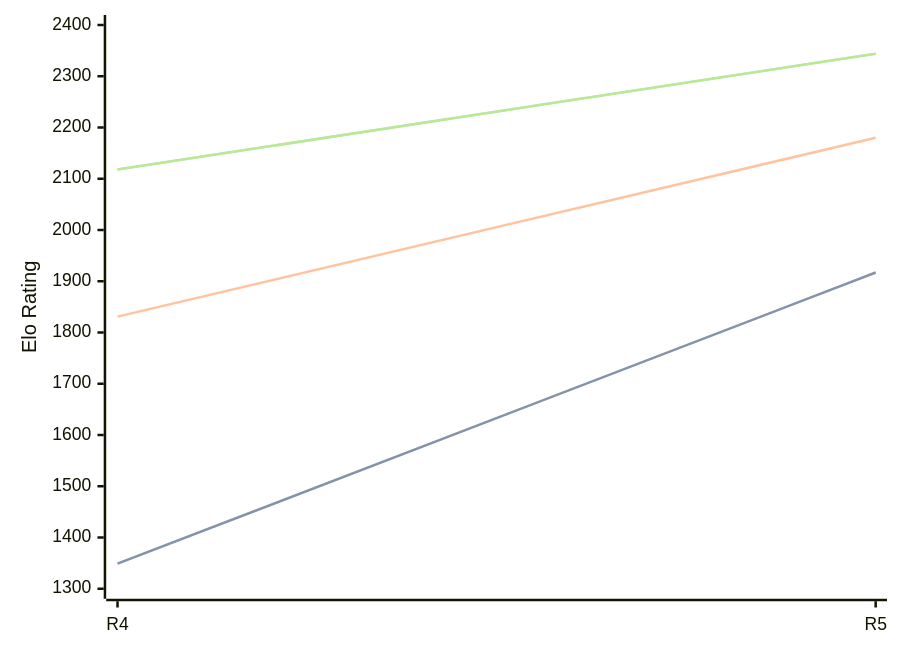
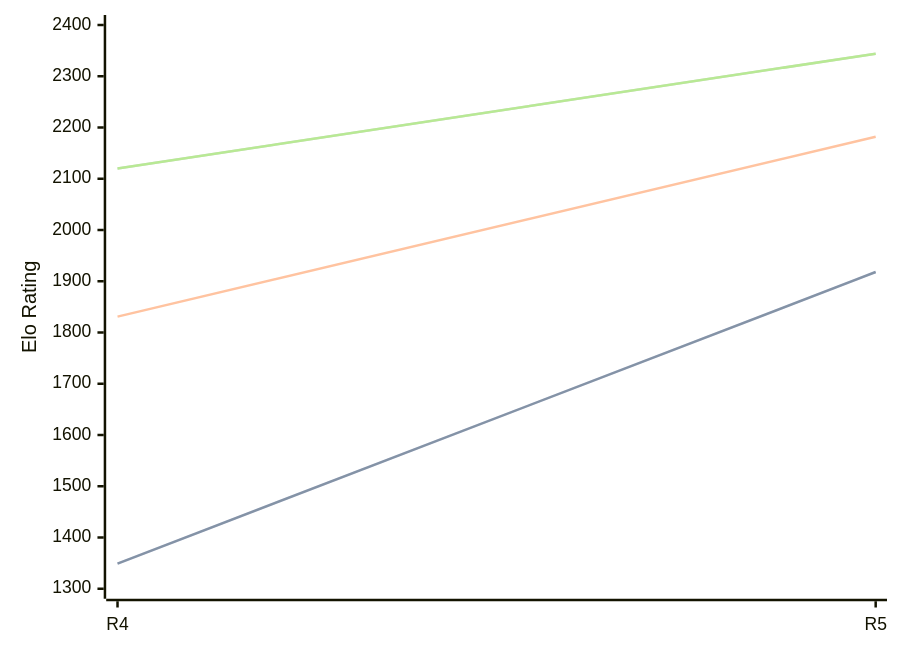
The diagram in engines/Viking.md (computer-chess-index/cci), drawn with Mermaid before and after one commit. The commit also changed other lines of this file, not shown here.

Commit message:
Update CCI Ratings (ELO VLTC) - 2026-09-02

````diff
--- a/engines/Viking.md
+++ b/engines/Viking.md
@@ -35,11 +35,11 @@
 ```mermaid
 %%{init: {"theme":"base","themeVariables":{"seriesColors:['#a3a3a3','#222221','#faa371']}}}%%
 xychart-beta
   x-axis ["R4", "R5"]
   y-axis "Elo Rating" 1300 --> 2400
-  line "" [1349, 1917]
-  line "STC (8.0+0.08s)" [1349, 1917]
-  line "LTC (60.0+0.60s)" [1831, 2180]
-  line "" [2118, 2344]
-  line "VLTC (2m24s+1.12s)" [2118, 2344]
+  line "" [1349, 1918]
+  line "STC (8.0+0.08s)" [1349, 1918]
+  line "LTC (60.0+0.60s)" [1831, 2182]
+  line "" [2120, 2344]
+  line "VLTC (2m24s+1.12s)" [2120, 2344]
 ```
````
